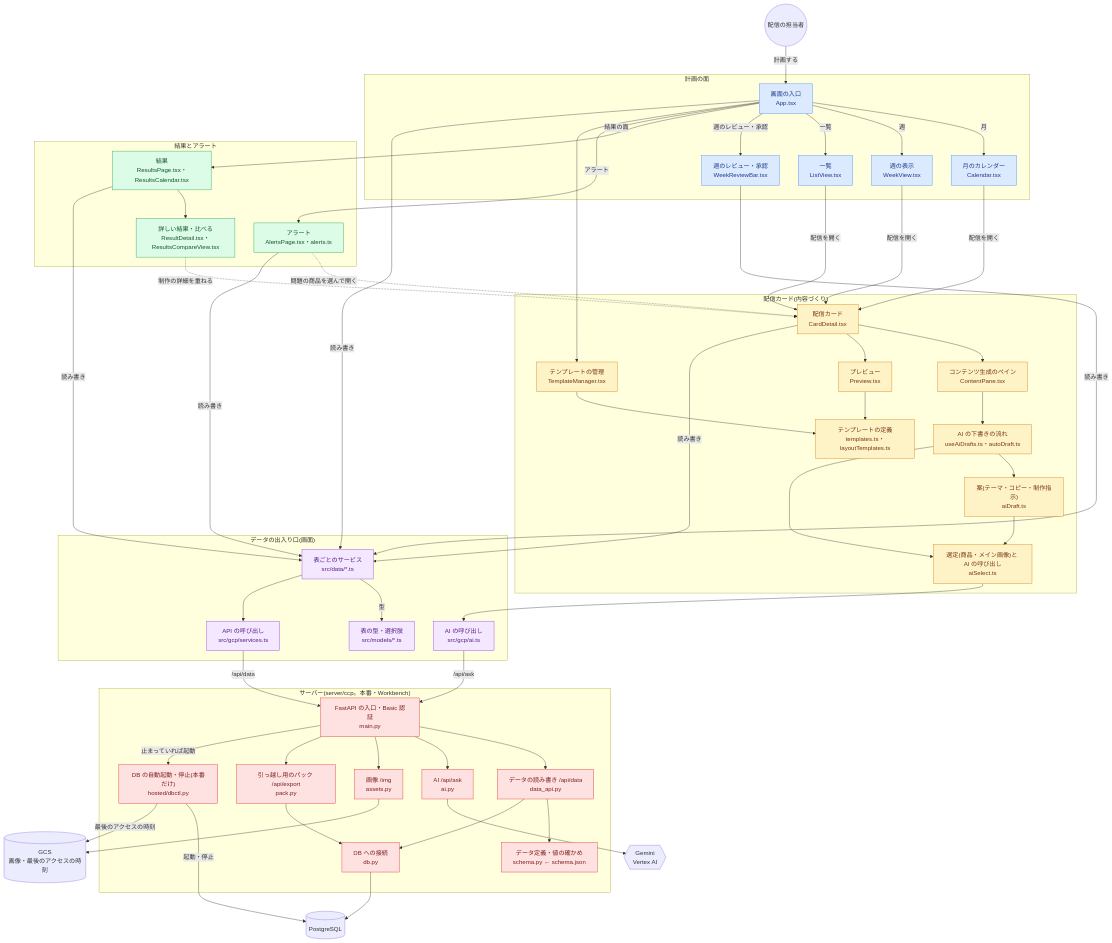
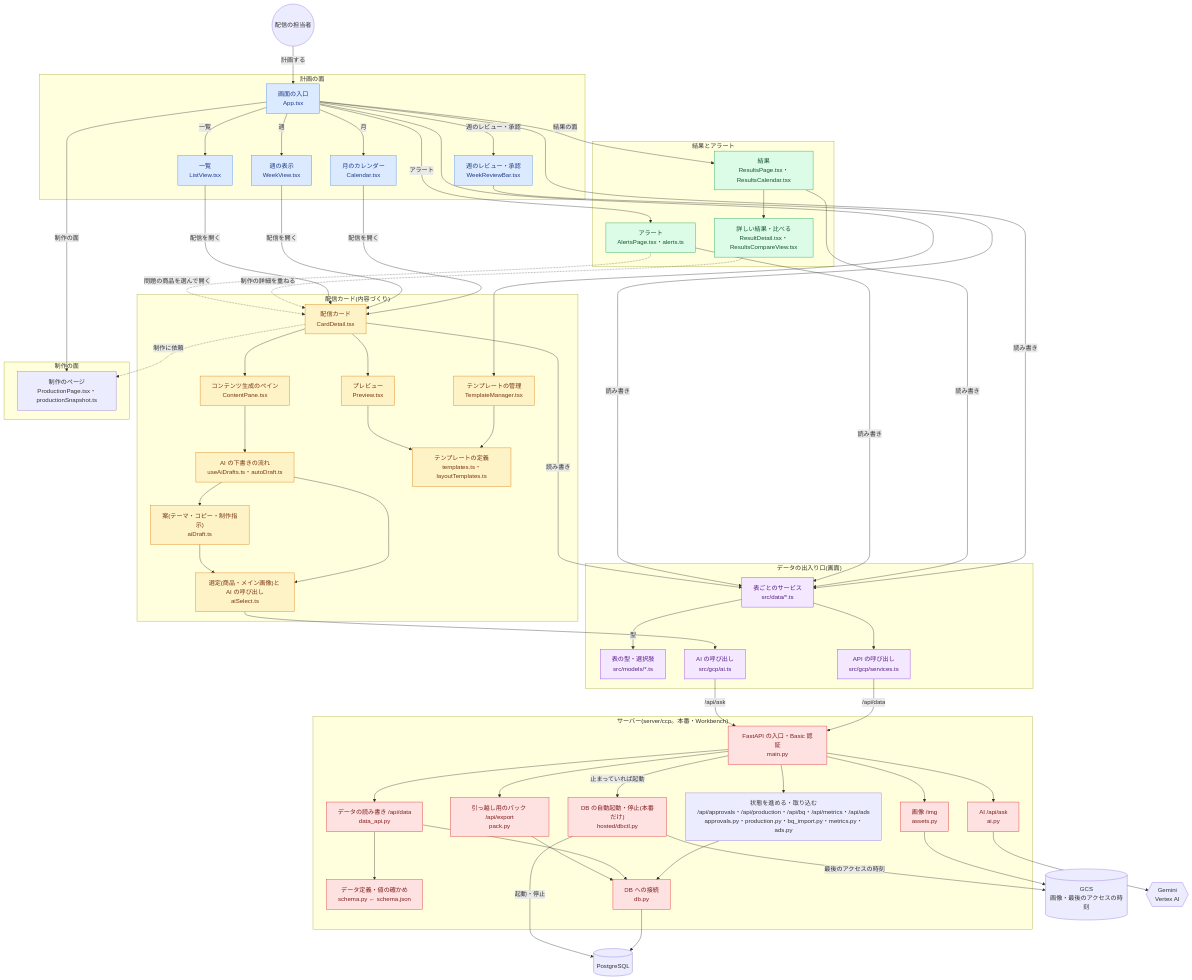
Before and after one commit to audeoinc/ccp: the diagram in docs/SOURCE_MAP.md, drawn with Mermaid. The commit also changed other lines of this file and 3 other files, not shown here.

First line of the commit message:
docs: SOURCE_MAP・ARCHITECTURE・README を、いまのコードに合わせる

```diff
--- a/docs/SOURCE_MAP.md
+++ b/docs/SOURCE_MAP.md
@@ -65,6 +65,10 @@
         alerts["アラート<br/>AlertsPage.tsx・alerts.ts"]
     end
 
+    subgraph production["制作の面"]
+        prod["制作のページ<br/>ProductionPage.tsx・productionSnapshot.ts"]
+    end
+
     subgraph data["データの出入り口(画面)"]
         svc["表ごとのサービス<br/>src/data/*.ts"]
         models["表の型・選択肢<br/>src/models/*.ts"]
@@ -83,6 +87,7 @@
         %% hosted:end
         assets["画像 /img<br/>assets.py"]
         pack["引っ越し用のパック /api/export<br/>pack.py"]
+        ops["状態を進める・取り込む<br/>/api/approvals・/api/production・/api/bq・/api/metrics・/api/ads<br/>approvals.py・production.py・bq_import.py・metrics.py・ads.py"]
     end
 
     pg[("PostgreSQL")]
@@ -96,6 +101,8 @@
     app -->|週のレビュー・承認| review
     app -->|結果の面| results
     app -->|アラート| alerts
+    app -->|制作の面| prod
+    card -.->|制作に依頼| prod
     cal & week & list -->|配信を開く| card
     results --> resdetail
     resdetail -.->|制作の詳細を重ねる| card
@@ -122,6 +129,8 @@
     main --> aiapi
     main --> assets
     main --> pack
+    main --> ops
+    ops --> db
     %% hosted:begin
     main -->|止まっていれば起動| dbctl
     %% hosted:end
```
